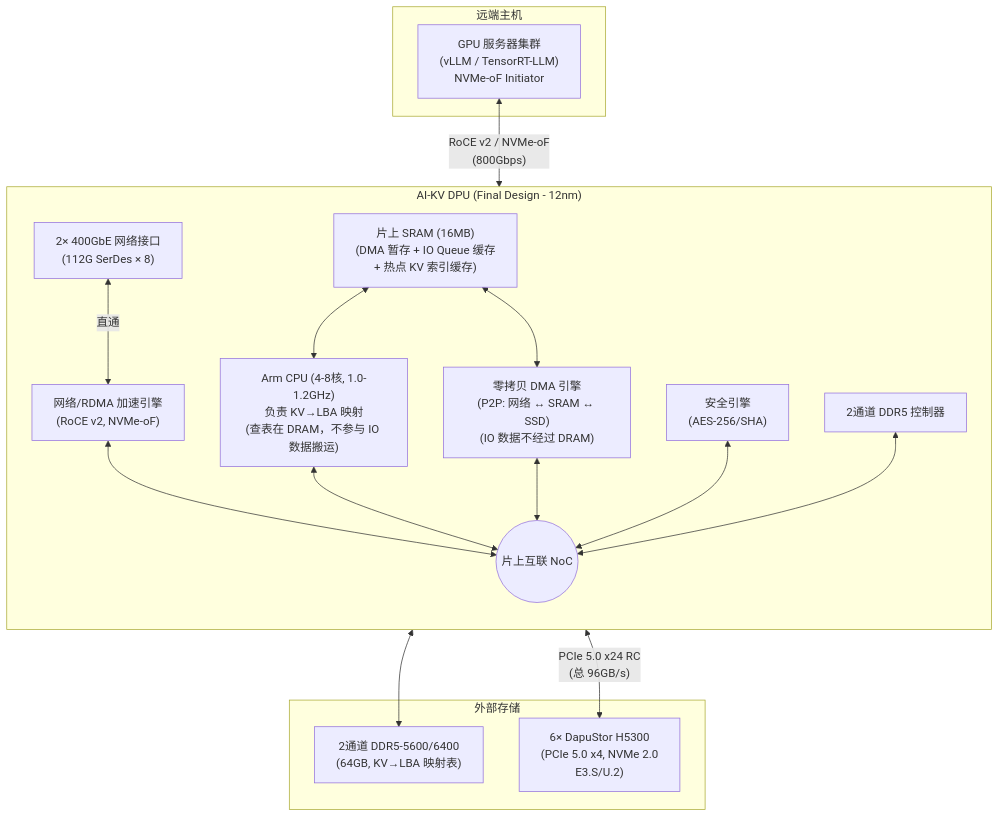
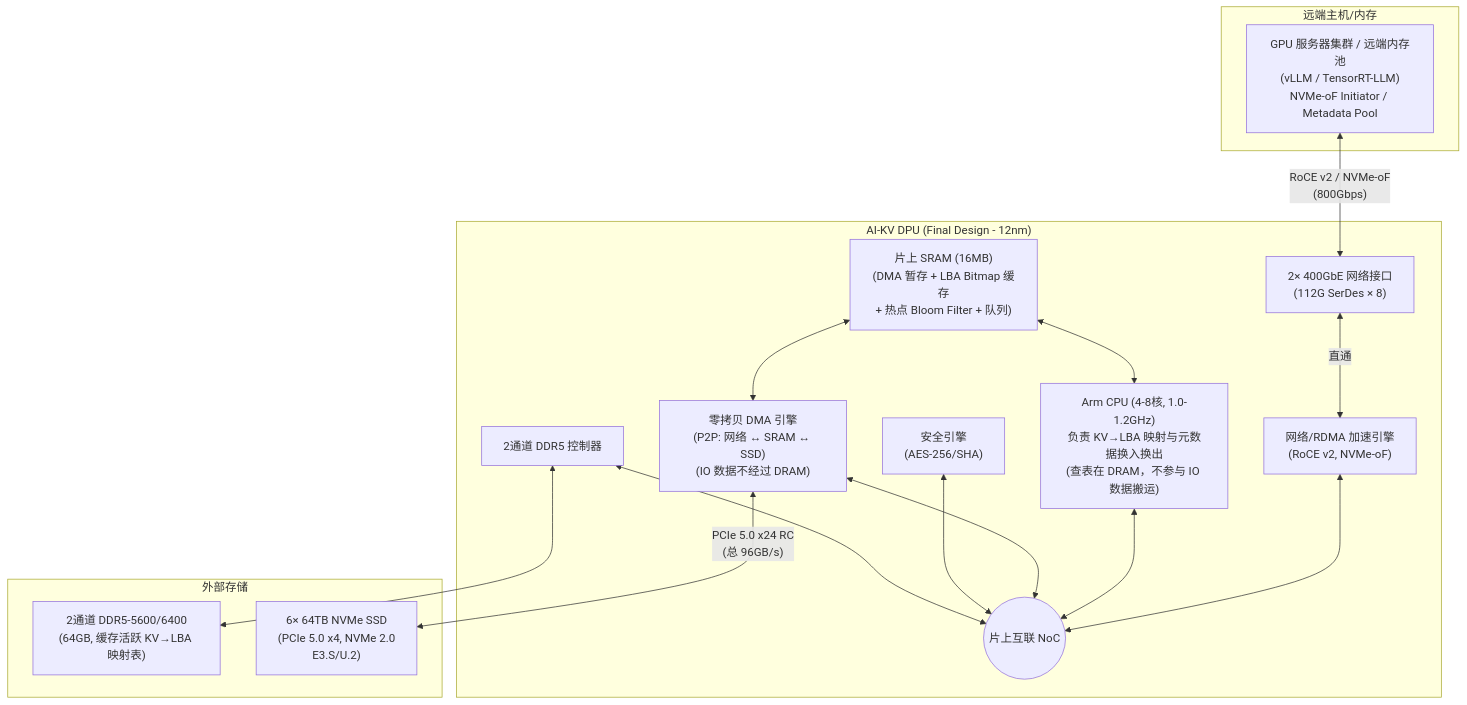
One commit to tylerqi/dpu-design changed the first of 3 diagrams in ai-kv-dpu-design.md. Above: the diagram before and after it, drawn with Mermaid. The commit also changed other lines of this file, not shown here.

````diff
--- a/ai-kv-dpu-design.md
+++ b/ai-kv-dpu-design.md
@@ -13,38 +16,45 @@
 ```mermaid
 graph TD
     subgraph "AI-KV DPU (Final Design - 12nm)"
-        direction TB
         NOC((片上互联 NoC))
+
         %% 网络接口
         ETH["2× 400GbE 网络接口\n(112G SerDes × 8)"]
         NET_ACC["网络/RDMA 加速引擎\n(RoCE v2, NVMe-oF)"]
+
         %% 控制面
-        CPU["Arm CPU (4-8核, 1.0-1.2GHz)\n负责 KV→LBA 映射\n(查表在 DRAM，不参与 IO 数据搬运)"]
+        CPU["Arm CPU (4-8核, 1.0-1.2GHz)\n负责 KV→LBA 映射与元数据换入换出\n(查表在 DRAM，不参与 IO 数据搬运)"]
+
         %% 硬件加速引擎
         DMA_ENGINE["零拷贝 DMA 引擎\n(P2P: 网络 ↔ SRAM ↔ SSD)\n(IO 数据不经过 DRAM)"]
         SEC_ACC["安全引擎\n(AES-256/SHA)"]
+
         %% 缓存与内存
-        SRAM["片上 SRAM (16MB)\n(DMA 暂存 + IO Queue 缓存\n+ 热点 KV 索引缓存)"]
+        SRAM["片上 SRAM (16MB)\n(DMA 暂存 + LBA Bitmap 缓存\n+ 热点 Bloom Filter + 队列)"]
         DDR_CTRL["2通道 DDR5 控制器"]
+
         %% 内部连接
         ETH <-->|"直通"| NET_ACC
         NET_ACC <--> NOC
         CPU <--> NOC
         DMA_ENGINE <--> NOC
         SEC_ACC <--> NOC
         DDR_CTRL <--> NOC
         SRAM <--> DMA_ENGINE
         SRAM <--> CPU
     end
+
     subgraph "外部存储"
-        DDR5["2通道 DDR5-5600/6400\n(64GB, KV→LBA 映射表)"]
-        SSD["6× DapuStor H5300\n(PCIe 5.0 x4, NVMe 2.0\nE3.S/U.2)"]
+        DDR5["2通道 DDR5-5600/6400\n(64GB, 缓存活跃 KV→LBA 映射表)"]
+        SSD["6× 64TB NVMe SSD\n(PCIe 5.0 x4, NVMe 2.0\nE3.S/U.2)"]
     end
-    subgraph "远端主机"
-        HOST["GPU 服务器集群\n(vLLM / TensorRT-LLM)\nNVMe-oF Initiator"]
+
+    subgraph "远端主机/内存"
+        HOST["GPU 服务器集群 / 远端内存池\n(vLLM / TensorRT-LLM)\nNVMe-oF Initiator / Metadata Pool"]
     end
+
     %% 外部连接
     DDR_CTRL <--> DDR5
     DMA_ENGINE <-->|"PCIe 5.0 x24 RC\n(总 96GB/s)"| SSD
     HOST <-->|"RoCE v2 / NVMe-oF\n(800Gbps)"| ETH
 ```
````
